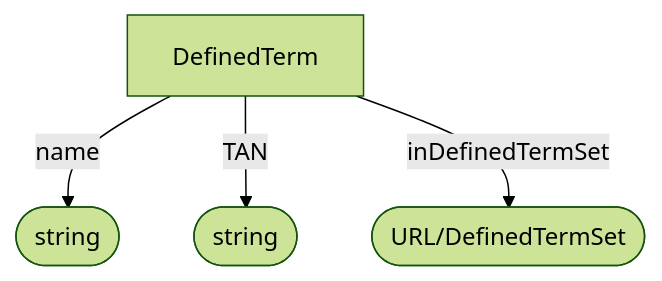
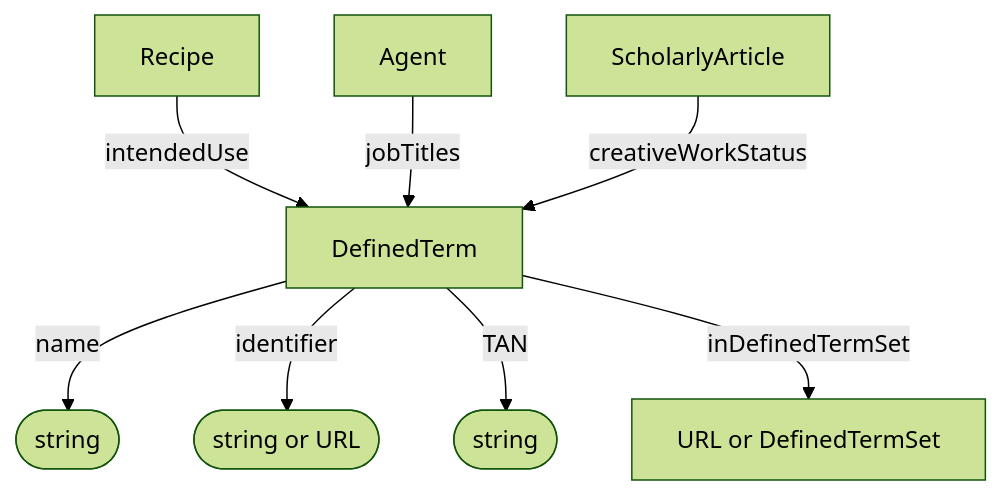
Before and after one commit to HLWeil/ARC-base-model: the diagram in docs/spec/process_provenance/DefinedTerm.md, drawn with Mermaid (forest theme). The commit also changed other lines of this file and 4 other files, not shown here.

Commit message:
docs: clarify defined term identifiers and specify term sets

````diff
--- a/docs/spec/process_provenance/DefinedTerm.md
+++ b/docs/spec/process_provenance/DefinedTerm.md
@@ -26,10 +29,15 @@
 ```mermaid
 flowchart TD
     na@{ shape: stadium, label: "string" }
+    ident@{ shape: stadium, label: "string or URL" }
     ta@{ shape: stadium, label: "string" }
-    se@{ shape: stadium, label: "URL/DefinedTermSet" }
+    se["URL or DefinedTermSet"]
 
+    Recipe --intendedUse--> DefinedTerm
+    Agent --jobTitles--> DefinedTerm
+    ScholarlyArticle --creativeWorkStatus--> DefinedTerm
     DefinedTerm --name--> na
+    DefinedTerm --identifier--> ident
     DefinedTerm --TAN--> ta
     DefinedTerm --inDefinedTermSet--> se
 ```
````
